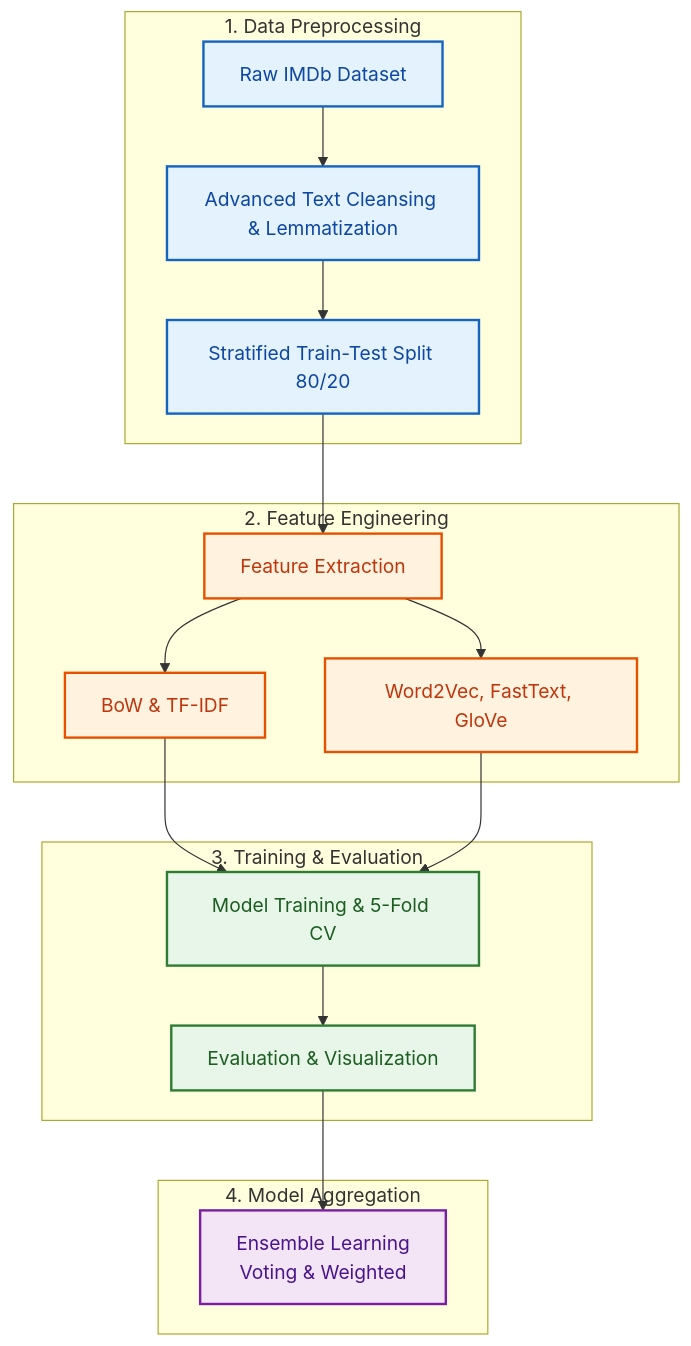
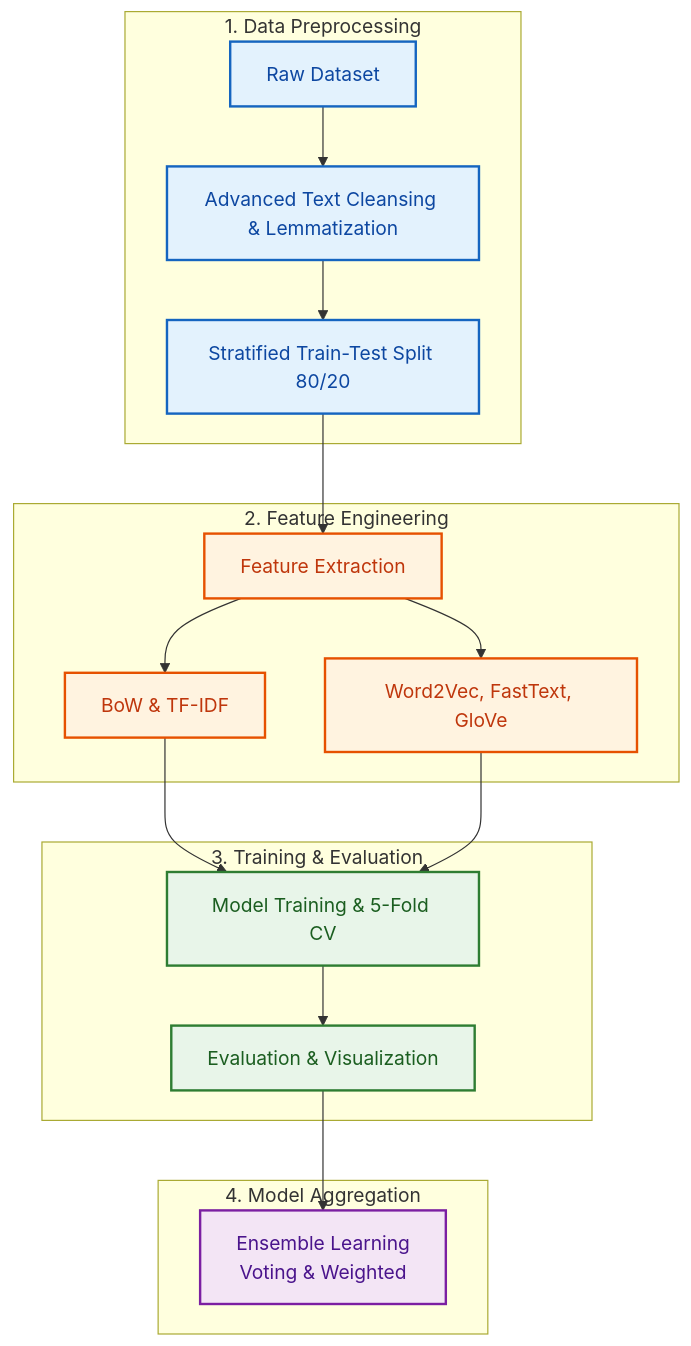
Before and after one commit to LunarTT/NLP_Sentiments-with-Ensemble-Learning: the diagram in README.md, drawn with Mermaid.

````diff
--- a/README.md
+++ b/README.md
@@ -113,34 +113,34 @@
 ```mermaid
 flowchart TD
     subgraph Prep ["1. Data Preprocessing"]
-        A[Raw IMDb Dataset] --> B[Advanced Text Cleansing & Lemmatization]
+        A[Raw Dataset] --> B[Advanced Text Cleansing & Lemmatization]
         B --> C[Stratified Train-Test Split 80/20]
     end
 
     subgraph Feat ["2. Feature Engineering"]
         C --> D[Feature Extraction]
         D --> D1[BoW & TF-IDF]
         D --> D2[Word2Vec, FastText, GloVe]
     end
 
     subgraph Train ["3. Training & Evaluation"]
         D1 --> E[Model Training & 5-Fold CV]
         D2 --> E
         E --> F[Evaluation & Visualization]
     end
 
     subgraph Ens ["4. Model Aggregation"]
         F --> G[Ensemble Learning<br/>Voting & Weighted]
     end
 
     %% Custom Styles
     classDef prepStyle fill:#e3f2fd,stroke:#1565c0,stroke-width:2px,color:#0d47a1;
     classDef featStyle fill:#fff3e0,stroke:#e65100,stroke-width:2px,color:#bf360c;
     classDef trainStyle fill:#e8f5e9,stroke:#2e7d32,stroke-width:2px,color:#1b5e20;
     classDef ensStyle fill:#f3e5f5,stroke:#7b1fa2,stroke-width:2px,color:#4a148c;
 
     class A,B,C prepStyle;
     class D,D1,D2 featStyle;
     class E,F trainStyle;
     class G ensStyle;
 ```
````
